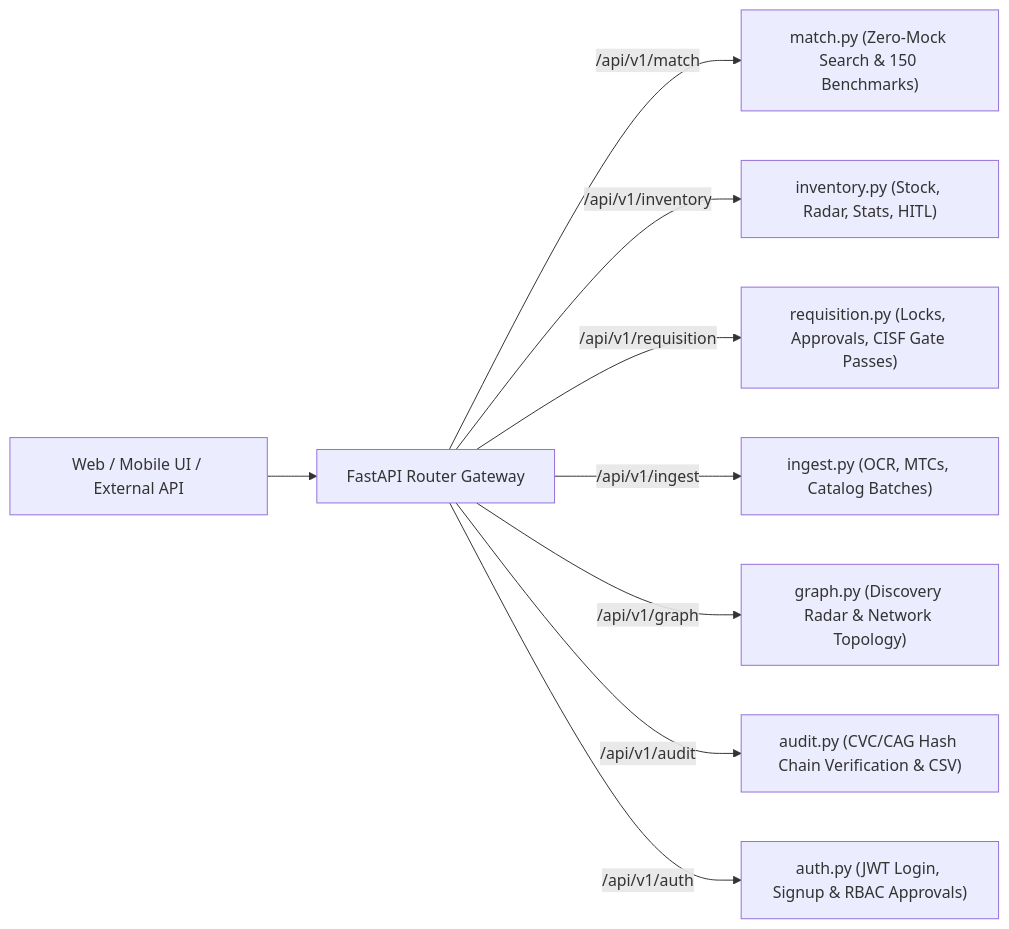
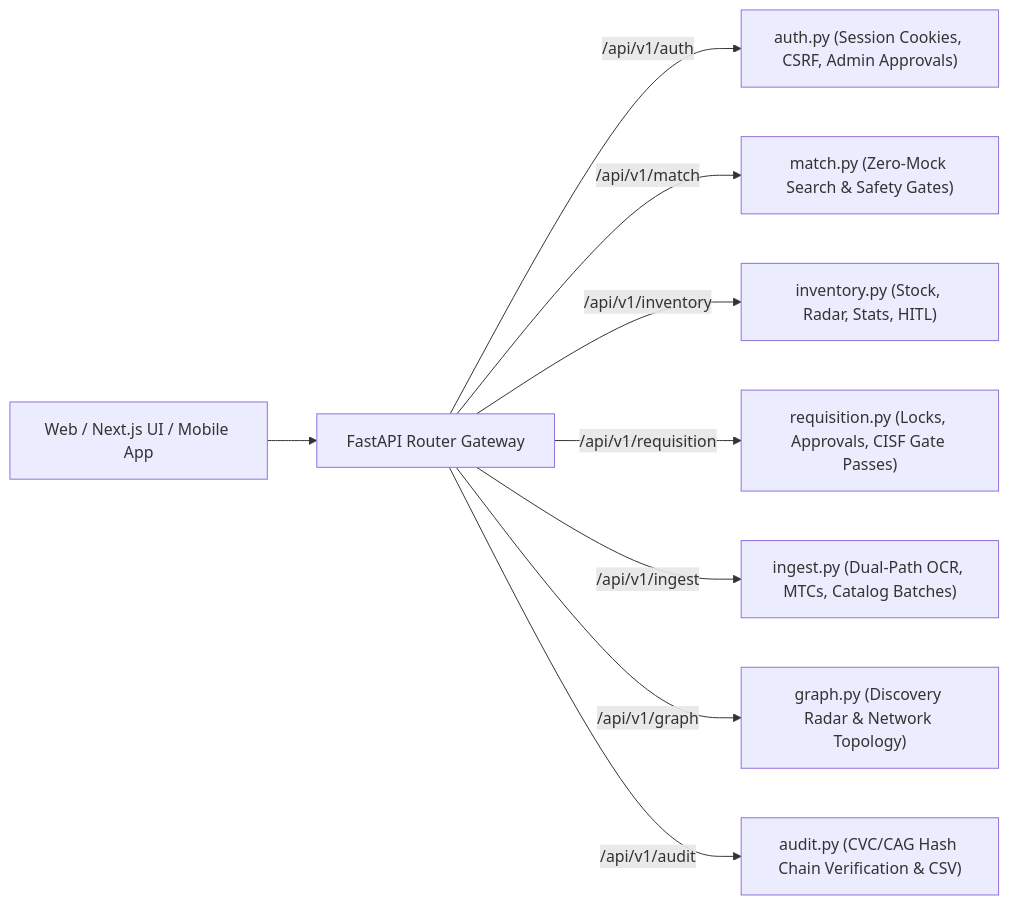
Before and after one commit to Gesicht436/Samanvay-AI: the diagram in backend/app/api/routers/README.md, drawn with Mermaid. The commit also changed other lines of this file and 20 other files, not shown here.

First line of the commit message:
docs: update architectural documentation, security specs, and dev runbooks for enterprise auth

````diff
--- a/backend/app/api/routers/README.md
+++ b/backend/app/api/routers/README.md
@@ -9,12 +9,12 @@
 ```mermaid
 flowchart LR
-    Client[Web / Mobile UI / External API] --> Gateway[FastAPI Router Gateway]
+    Client[Web / Next.js UI / Mobile App] --> Gateway[FastAPI Router Gateway]
 
-    Gateway -->|/api/v1/match| R_Match["match.py (Zero-Mock Search & 150 Benchmarks)"]
+    Gateway -->|/api/v1/auth| R_Auth["auth.py (Session Cookies, CSRF, Admin Approvals)"]
+    Gateway -->|/api/v1/match| R_Match["match.py (Zero-Mock Search & Safety Gates)"]
     Gateway -->|/api/v1/inventory| R_Inv["inventory.py (Stock, Radar, Stats, HITL)"]
     Gateway -->|/api/v1/requisition| R_Req["requisition.py (Locks, Approvals, CISF Gate Passes)"]
-    Gateway -->|/api/v1/ingest| R_Ingest["ingest.py (OCR, MTCs, Catalog Batches)"]
+    Gateway -->|/api/v1/ingest| R_Ingest["ingest.py (Dual-Path OCR, MTCs, Catalog Batches)"]
     Gateway -->|/api/v1/graph| R_Graph["graph.py (Discovery Radar & Network Topology)"]
     Gateway -->|/api/v1/audit| R_Audit["audit.py (CVC/CAG Hash Chain Verification & CSV)"]
-    Gateway -->|/api/v1/auth| R_Auth["auth.py (JWT Login, Signup & RBAC Approvals)"]
 ```
````
